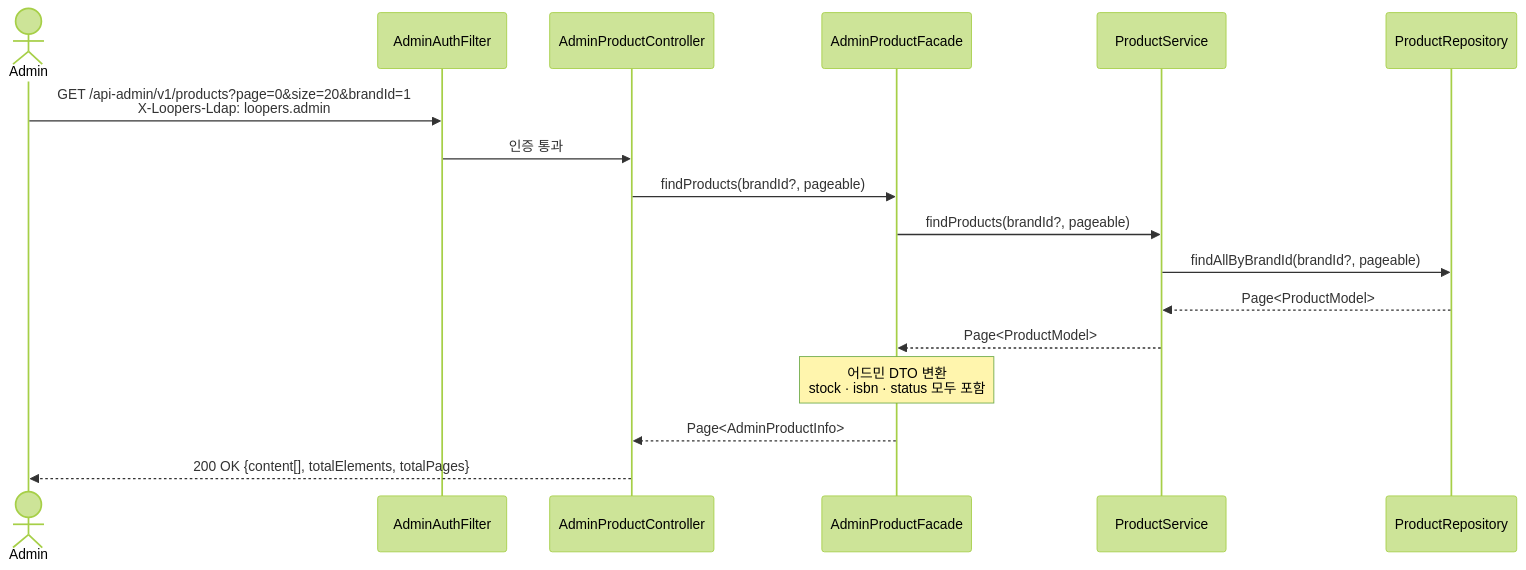
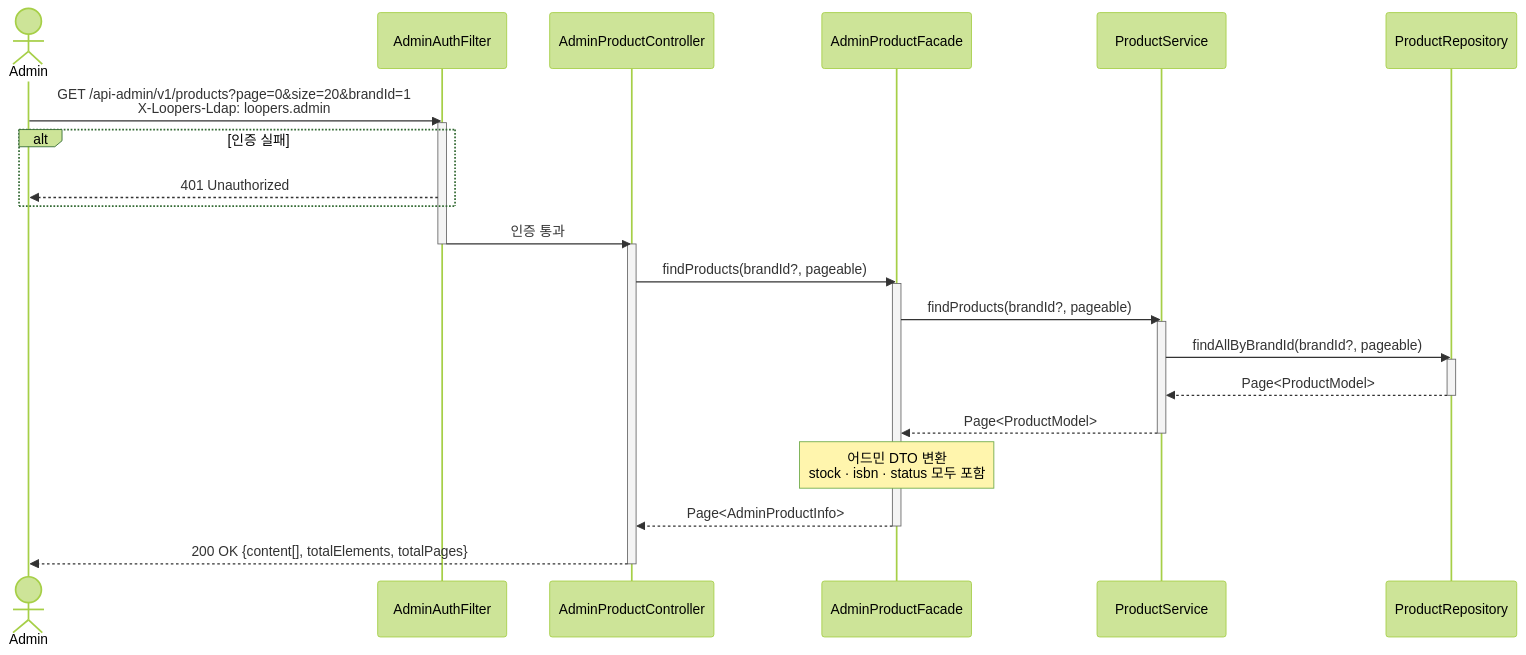
Diagram 12 of 25 in .docs/design/02-sequence-diagrams.md (loopers-labs/loop-pack-be-l2-vol4-java), drawn with Mermaid (forest theme) before and after one commit. The commit also changed other lines of this file and 5 other files, not shown here.

````diff
--- a/.docs/design/02-sequence-diagrams.md
+++ b/.docs/design/02-sequence-diagrams.md
@@ -473,23 +626,36 @@
 ```mermaid
 sequenceDiagram
     actor Admin
     participant AF as AdminAuthFilter
     participant PC as AdminProductController
     participant PF as AdminProductFacade
     participant PS as ProductService
     participant PR as ProductRepository
 
     Admin->>AF: GET /api-admin/v1/products?page=0&size=20&brandId=1<br/>X-Loopers-Ldap: loopers.admin
+    activate AF
+    alt 인증 실패
+        AF-->>Admin: 401 Unauthorized
+    end
     AF->>PC: 인증 통과
+    deactivate AF
+    activate PC
 
     PC->>PF: findProducts(brandId?, pageable)
+    activate PF
     PF->>PS: findProducts(brandId?, pageable)
+    activate PS
     PS->>PR: findAllByBrandId(brandId?, pageable)
+    activate PR
     PR-->>PS: Page<ProductModel>
+    deactivate PR
     PS-->>PF: Page<ProductModel>
+    deactivate PS
 
     Note over PF: 어드민 DTO 변환<br/>stock · isbn · status 모두 포함
 
     PF-->>PC: Page<AdminProductInfo>
+    deactivate PF
     PC-->>Admin: 200 OK {content[], totalElements, totalPages}
+    deactivate PC
 ```
````
